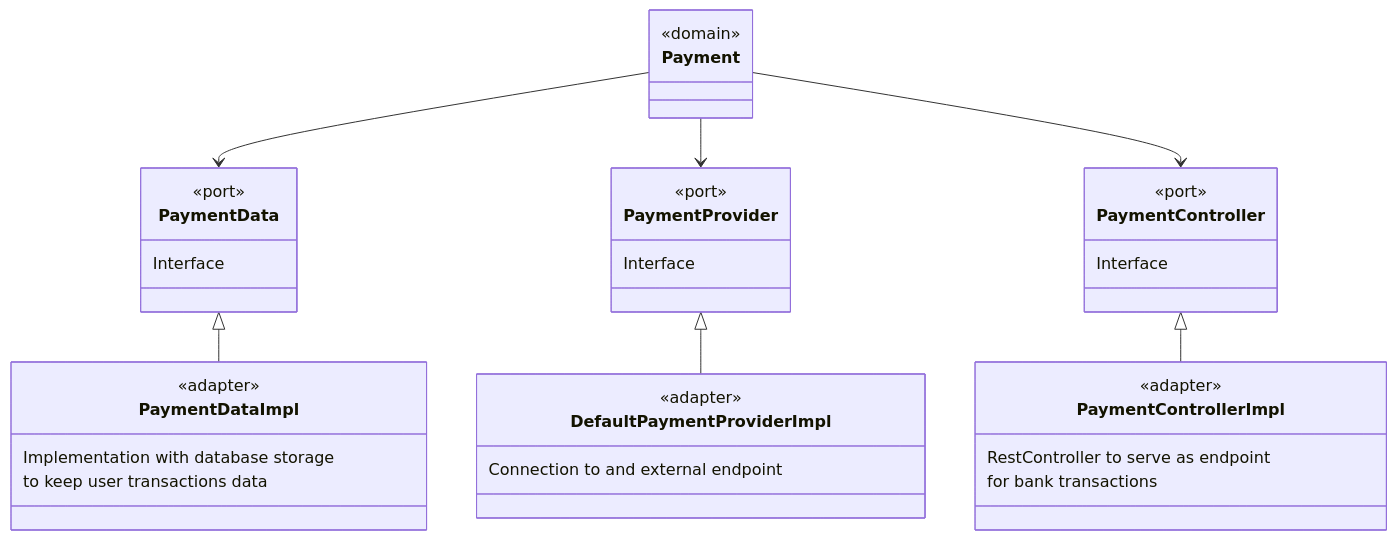
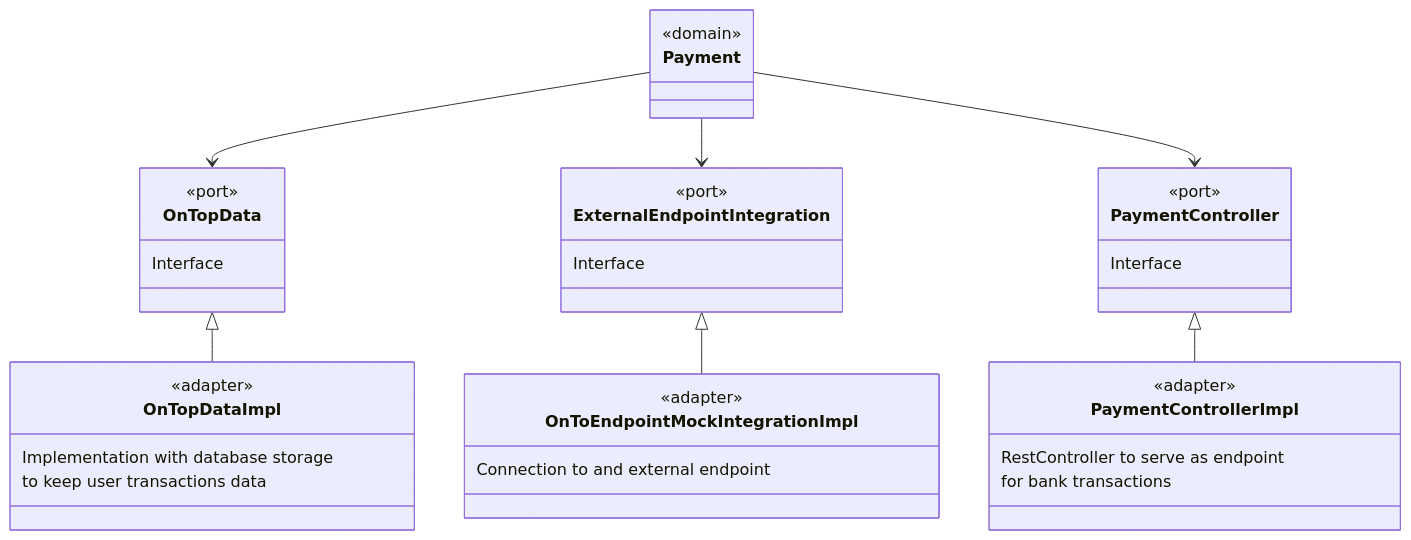
The fourth of 7 diagrams in DESIGN.md (felipediazc/challenge), drawn with Mermaid before and after one commit. The commit also changed other lines of this file and 8 other files, not shown here.

````diff
--- a/DESIGN.md
+++ b/DESIGN.md
@@ -89,38 +89,38 @@
 ```mermaid
 classDiagram
-Payment --> PaymentData
-Payment --> PaymentProvider
+Payment --> OnTopData
+Payment --> ExternalEndpointIntegration
 Payment --> PaymentController
 PaymentController <|-- PaymentControllerImpl
-PaymentProvider <|-- DefaultPaymentProviderImpl
-PaymentData <|-- PaymentDataImpl
+ExternalEndpointIntegration <|-- OnToEndpointMockIntegrationImpl
+OnTopData <|-- OnTopDataImpl
 class Payment {
   <<domain>>
 }
-class PaymentData {
+class OnTopData {
   <<port>>
   Interface
 }  
-class PaymentProvider {
+class ExternalEndpointIntegration {
   <<port>>
   Interface
 }
 class PaymentController {
   <<port>>
   Interface
 }
 class PaymentControllerImpl {
   <<adapter>>
   RestController to serve as endpoint
   for bank transactions
 }
-class DefaultPaymentProviderImpl {
+class OnToEndpointMockIntegrationImpl {
   <<adapter>>
   Connection to and external endpoint
 }
-class PaymentDataImpl {
+class OnTopDataImpl {
   <<adapter>>
   Implementation with database storage
   to keep user transactions data
 }
 ```
````
